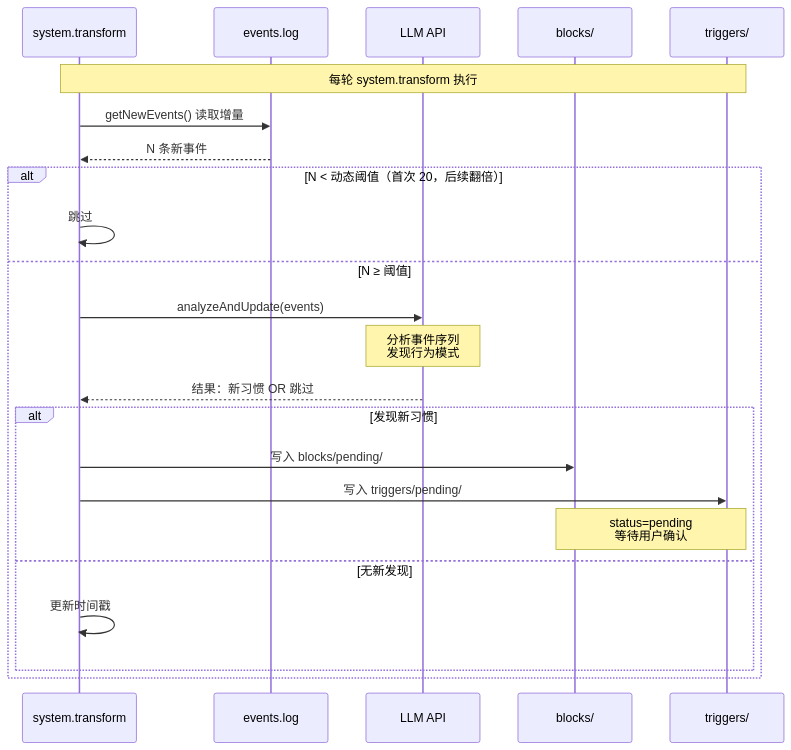
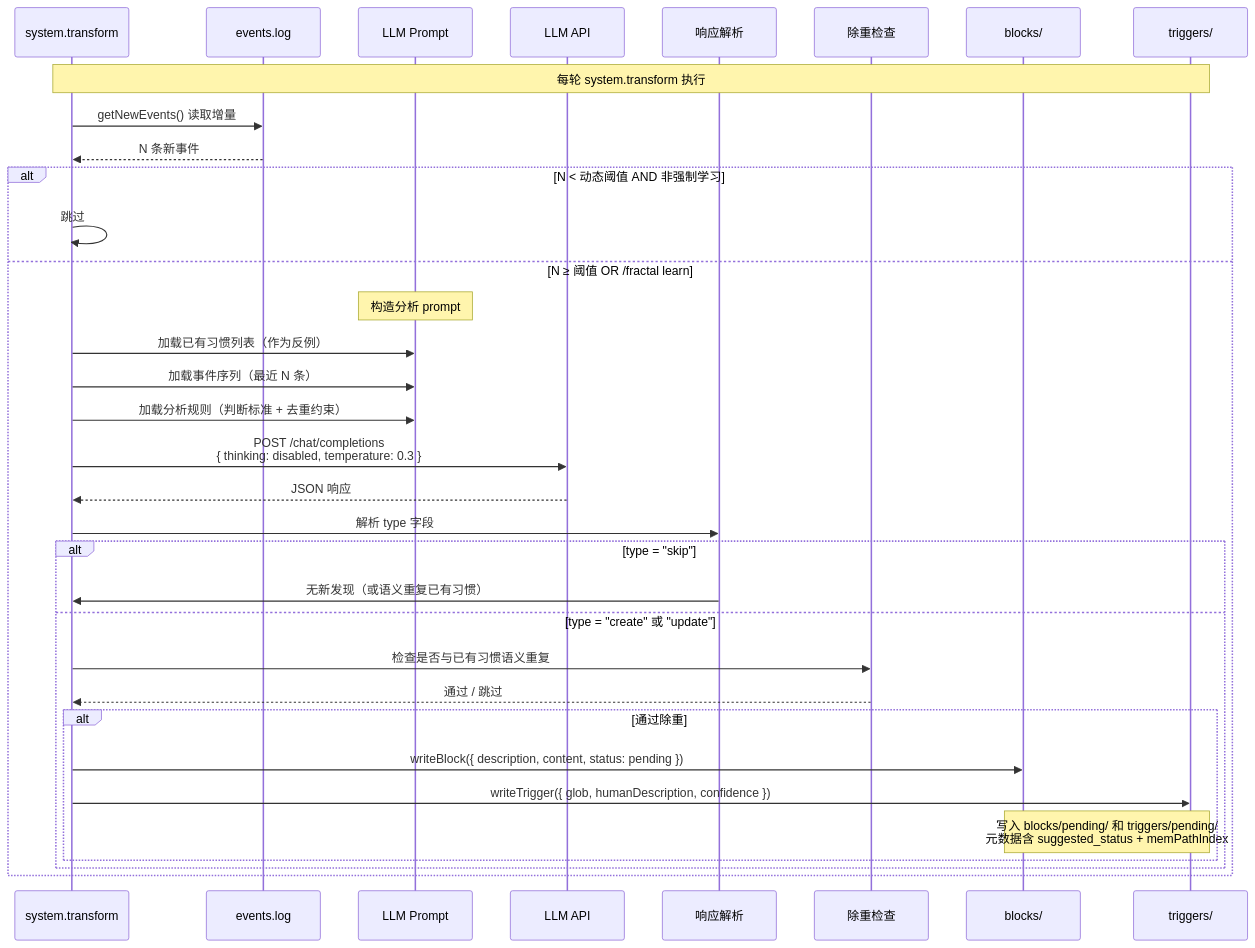
The eighth of 11 diagrams in 分形/机制说明.md (Max-Null/oc-plus), drawn with Mermaid before and after one commit. The commit also changed other lines of this file, not shown here.

Commit message:
docs(分形): 机制说明 — 展开LLM自主学习分析（事件收集+动态阈值+prompt构造+解析+双路除重+生命周期状态机）

````diff
--- a/分形/机制说明.md
+++ b/分形/机制说明.md
@@ -342,28 +344,42 @@
 ```mermaid
 sequenceDiagram
     participant ST as system.transform
     participant EVT as events.log
+    participant PROMPT as LLM Prompt
     participant LLM as LLM API
+    participant PARSE as 响应解析
+    participant DEDUP as 除重检查
     participant BLK as blocks/
     participant TRG as triggers/
 
     Note over ST,TRG: 每轮 system.transform 执行
 
     ST->>EVT: getNewEvents() 读取增量
     EVT-->>ST: N 条新事件
 
-    alt N < 动态阈值（首次 20，后续翻倍）
+    alt N < 动态阈值 AND 非强制学习
         ST->>ST: 跳过
-    else N ≥ 阈值
-        ST->>LLM: analyzeAndUpdate(events)
-        Note over LLM: 分析事件序列<br/>发现行为模式
-        LLM-->>ST: 结果：新习惯 OR 跳过
-        alt 发现新习惯
-            ST->>BLK: 写入 blocks/pending/
-            ST->>TRG: 写入 triggers/pending/
-            Note over BLK,TRG: status=pending<br/>等待用户确认
-        else 无新发现
-            ST->>ST: 更新时间戳
+    else N ≥ 阈值 OR /fractal learn
+        Note over PROMPT: 构造分析 prompt
+
+        ST->>PROMPT: 加载已有习惯列表（作为反例）
+        ST->>PROMPT: 加载事件序列（最近 N 条）
+        ST->>PROMPT: 加载分析规则（判断标准 + 去重约束）
+
+        ST->>LLM: POST /chat/completions<br/>{ thinking: disabled, temperature: 0.3 }
+        LLM-->>ST: JSON 响应
+
+        ST->>PARSE: 解析 type 字段
+        alt type = "skip"
+            PARSE->>ST: 无新发现（或语义重复已有习惯）
+        else type = "create" 或 "update"
+            ST->>DEDUP: 检查是否与已有习惯语义重复
+            DEDUP-->>ST: 通过 / 跳过
+            alt 通过除重
+                ST->>BLK: writeBlock({ description, content, status: pending })
+                ST->>TRG: writeTrigger({ glob, humanDescription, confidence })
+                Note over BLK,TRG: 写入 blocks/pending/ 和 triggers/pending/<br/>元数据含 suggested_status + memPathIndex
+            end
         end
     end
 ```
````
